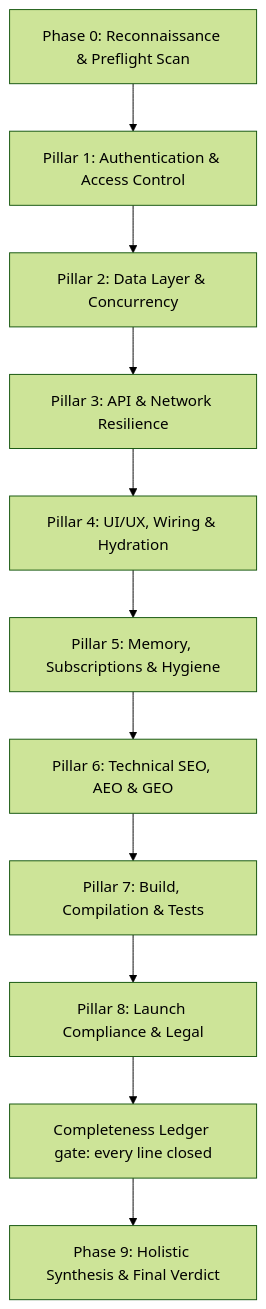
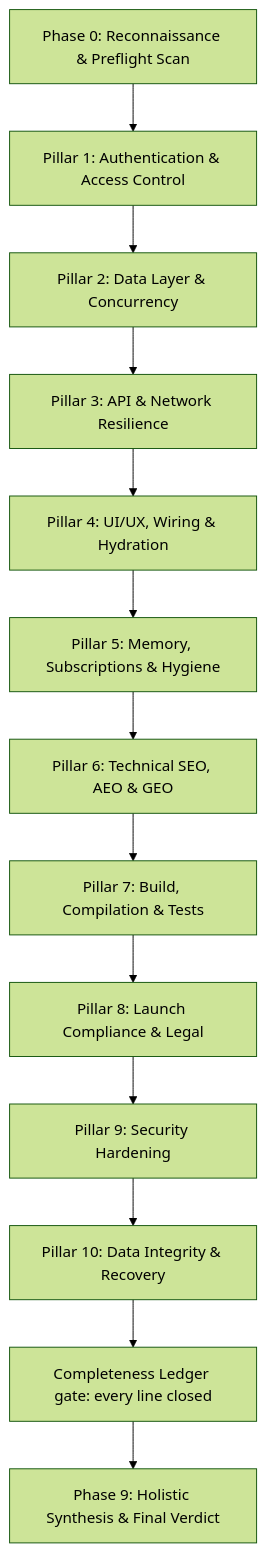
Before and after one commit to Kryptopacy/pacy-codebase-auditor: the diagram in skills/developer-pay-handoff-simulator/SKILL.md, drawn with Mermaid (forest theme). The commit also changed other lines of this file and 9 other files, not shown here.

First line of the commit message:
feat: graduate Security Hardening (P9) and Data Integrity & Recovery (P10)

````diff
--- a/skills/developer-pay-handoff-simulator/SKILL.md
+++ b/skills/developer-pay-handoff-simulator/SKILL.md
@@ -56,13 +58,15 @@
 ```mermaid
 graph TD
     S0["Phase 0: Reconnaissance & Preflight Scan"] --> P1["Pillar 1: Authentication & Access Control"]
     P1 --> P2["Pillar 2: Data Layer & Concurrency"]
     P2 --> P3["Pillar 3: API & Network Resilience"]
     P3 --> P4["Pillar 4: UI/UX, Wiring & Hydration"]
     P4 --> P5["Pillar 5: Memory, Subscriptions & Hygiene"]
     P5 --> P6["Pillar 6: Technical SEO, AEO & GEO"]
     P6 --> P7["Pillar 7: Build, Compilation & Tests"]
     P7 --> P8["Pillar 8: Launch Compliance & Legal"]
-    P8 --> L["Completeness Ledger gate: every line closed"]
+    P8 --> P9["Pillar 9: Security Hardening"]
+    P9 --> P10["Pillar 10: Data Integrity & Recovery"]
+    P10 --> L["Completeness Ledger gate: every line closed"]
     L --> FS["Phase 9: Holistic Synthesis & Final Verdict"]
 ```
````
